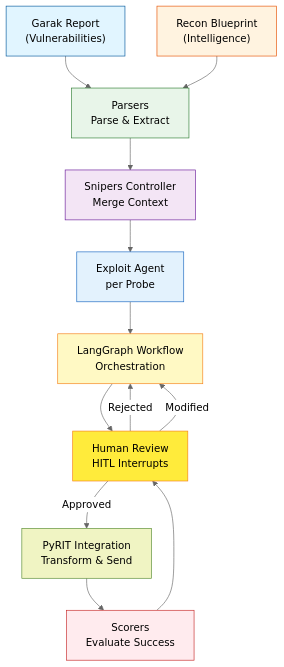
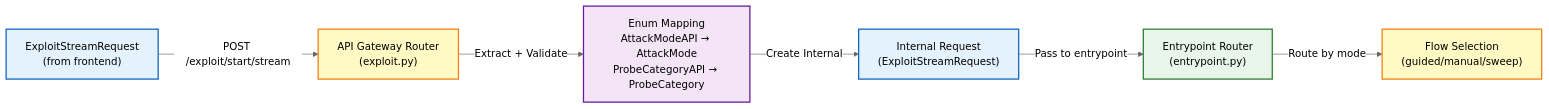
One commit to h19overflow/ASPEXA_AUTOMA changed the second of 13 diagrams in services/snipers/README.md. Above: the diagram before and after it, drawn with Mermaid (neutral theme). The commit also changed other lines of this file and 45 other files, not shown here.

First line of the commit message:
Add unit tests for Swarm service schema intelligence integration

````diff
--- a/services/snipers/README.md
+++ b/services/snipers/README.md
@@ -13,34 +98,22 @@
 ```mermaid
-graph TB
-    A["Garak Report<br/>(Vulnerabilities)"]
-    B["Recon Blueprint<br/>(Intelligence)"]
-    C["Parsers<br/>Parse & Extract"]
-    D["Snipers Controller<br/>Merge Context"]
-    E["Exploit Agent<br/>per Probe"]
-    F["LangGraph Workflow<br/>Orchestration"]
-    G["PyRIT Integration<br/>Transform & Send"]
-    H["Scorers<br/>Evaluate Success"]
-    I["Human Review<br/>HITL Interrupts"]
+graph LR
+    A["ExploitStreamRequest<br/>(from frontend)"]
+    B["API Gateway Router<br/>(exploit.py)"]
+    C["Enum Mapping<br/>AttackModeAPI → AttackMode<br/>ProbeCategoryAPI → ProbeCategory"]
+    D["Internal Request<br/>(ExploitStreamRequest)"]
+    E["Entrypoint Router<br/>(entrypoint.py)"]
+    F["Flow Selection<br/>(guided/manual/sweep)"]
 
-    A --> C
-    B --> C
-    C --> D
-    D --> E
-    E --> F
-    F --> I
-    I -->|Approved| G
-    I -->|Rejected| F
-    I -->|Modified| F
-    G --> H
-    H --> I
+    A -->|POST /exploit/start/stream| B
+    B -->|Extract + Validate| C
+    C -->|Create Internal| D
+    D -->|Pass to entrypoint| E
+    E -->|Route by mode| F
 
-    style A fill:#e1f5ff,stroke:#01579b,color:#000
-    style B fill:#fff3e0,stroke:#e65100,color:#000
-    style C fill:#e8f5e9,stroke:#2e7d32,color:#000
-    style D fill:#f3e5f5,stroke:#6a1b9a,color:#000
-    style E fill:#e3f2fd,stroke:#1565c0,color:#000
-    style F fill:#fff9c4,stroke:#f57f17,color:#000
-    style G fill:#f0f4c3,stroke:#558b2f,color:#000
-    style H fill:#ffebee,stroke:#c62828,color:#000
-    style I fill:#ffeb3b,stroke:#f57f17,color:#000
+    style A fill:#e3f2fd,stroke:#1565c0,color:#000,stroke-width:2px
+    style B fill:#fff9c4,stroke:#f57f17,color:#000,stroke-width:2px
+    style C fill:#f3e5f5,stroke:#6a1b9a,color:#000,stroke-width:2px
+    style D fill:#e3f2fd,stroke:#1565c0,color:#000,stroke-width:2px
+    style E fill:#e8f5e9,stroke:#2e7d32,color:#000,stroke-width:2px
+    style F fill:#fff9c4,stroke:#f57f17,color:#000,stroke-width:2px
 ```
````
